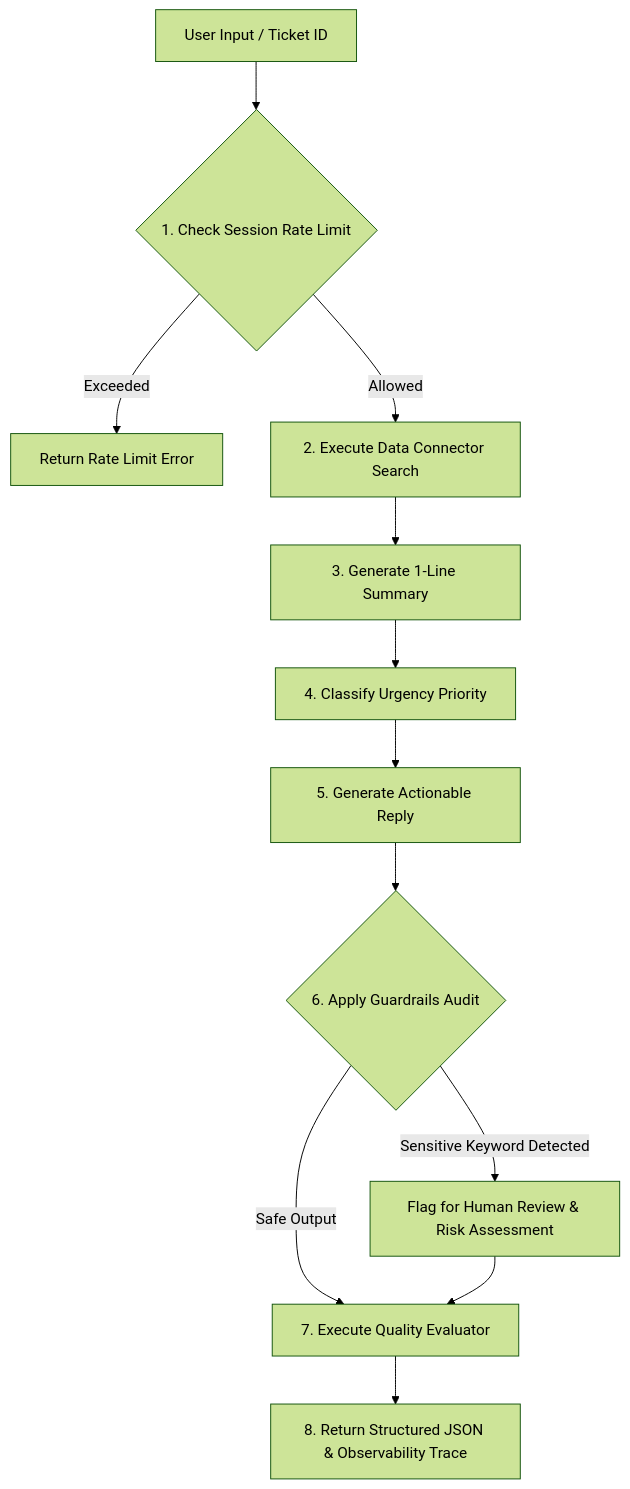
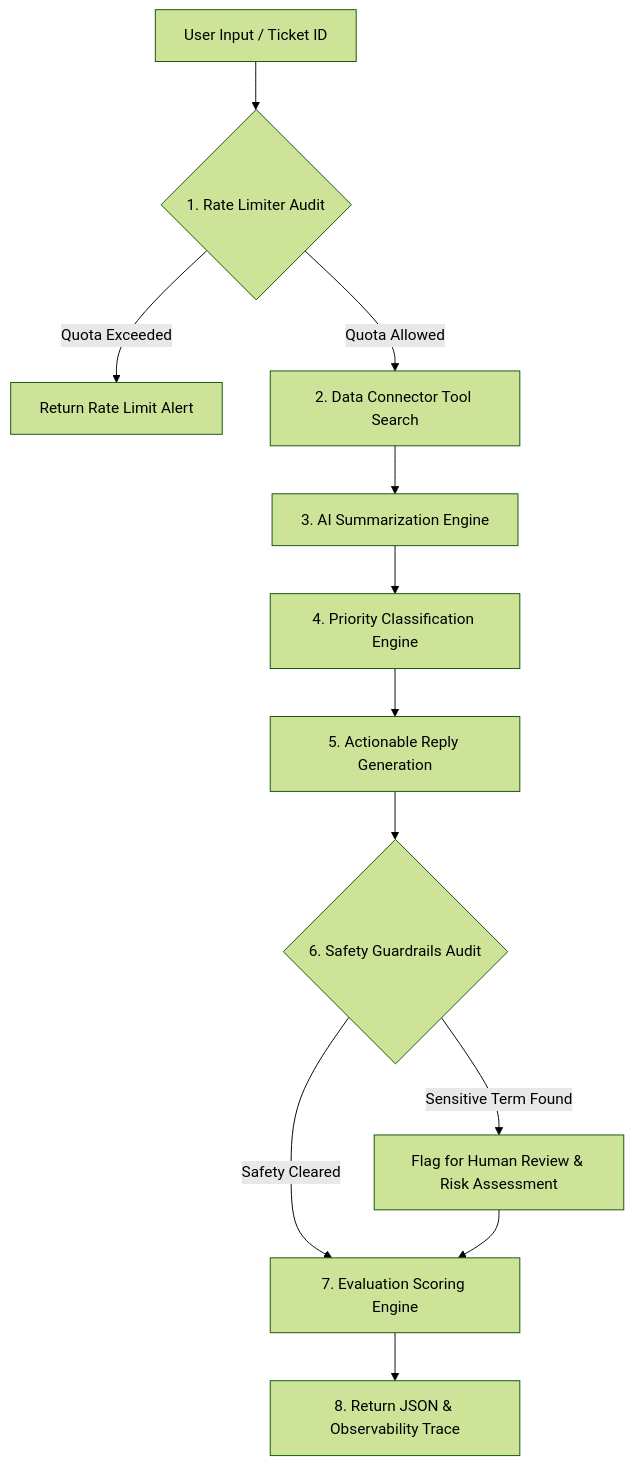
One commit to Dhanya562004/sentinel-ai-agentic-support-connector changed the diagram in README.md. Above: the diagram before and after it, drawn with Mermaid (forest theme). The commit also changed other lines of this file, not shown here.

````diff
--- a/README.md
+++ b/README.md
@@ -85,14 +77,14 @@
 ```mermaid
 graph TD
-    A[User Input / Ticket ID] --> B{1. Check Session Rate Limit}
-    B -- Exceeded --> C[Return Rate Limit Error]
-    B -- Allowed --> D[2. Execute Data Connector Search]
-    D --> E[3. Generate 1-Line Summary]
-    E --> F[4. Classify Urgency Priority]
-    F --> G[5. Generate Actionable Reply]
-    G --> H{6. Apply Guardrails Audit}
-    H -- Sensitive Keyword Detected --> I[Flag for Human Review & Risk Assessment]
-    H -- Safe Output --> J[7. Execute Quality Evaluator]
+    A[User Input / Ticket ID] --> B{1. Rate Limiter Audit}
+    B -- Quota Exceeded --> C[Return Rate Limit Alert]
+    B -- Quota Allowed --> D[2. Data Connector Tool Search]
+    D --> E[3. AI Summarization Engine]
+    E --> F[4. Priority Classification Engine]
+    F --> G[5. Actionable Reply Generation]
+    G --> H{6. Safety Guardrails Audit}
+    H -- Sensitive Term Found --> I[Flag for Human Review & Risk Assessment]
+    H -- Safety Cleared --> J[7. Evaluation Scoring Engine]
     I --> J
-    J --> K[8. Return Structured JSON & Observability Trace]
+    J --> K[8. Return JSON & Observability Trace]
 ```
````
